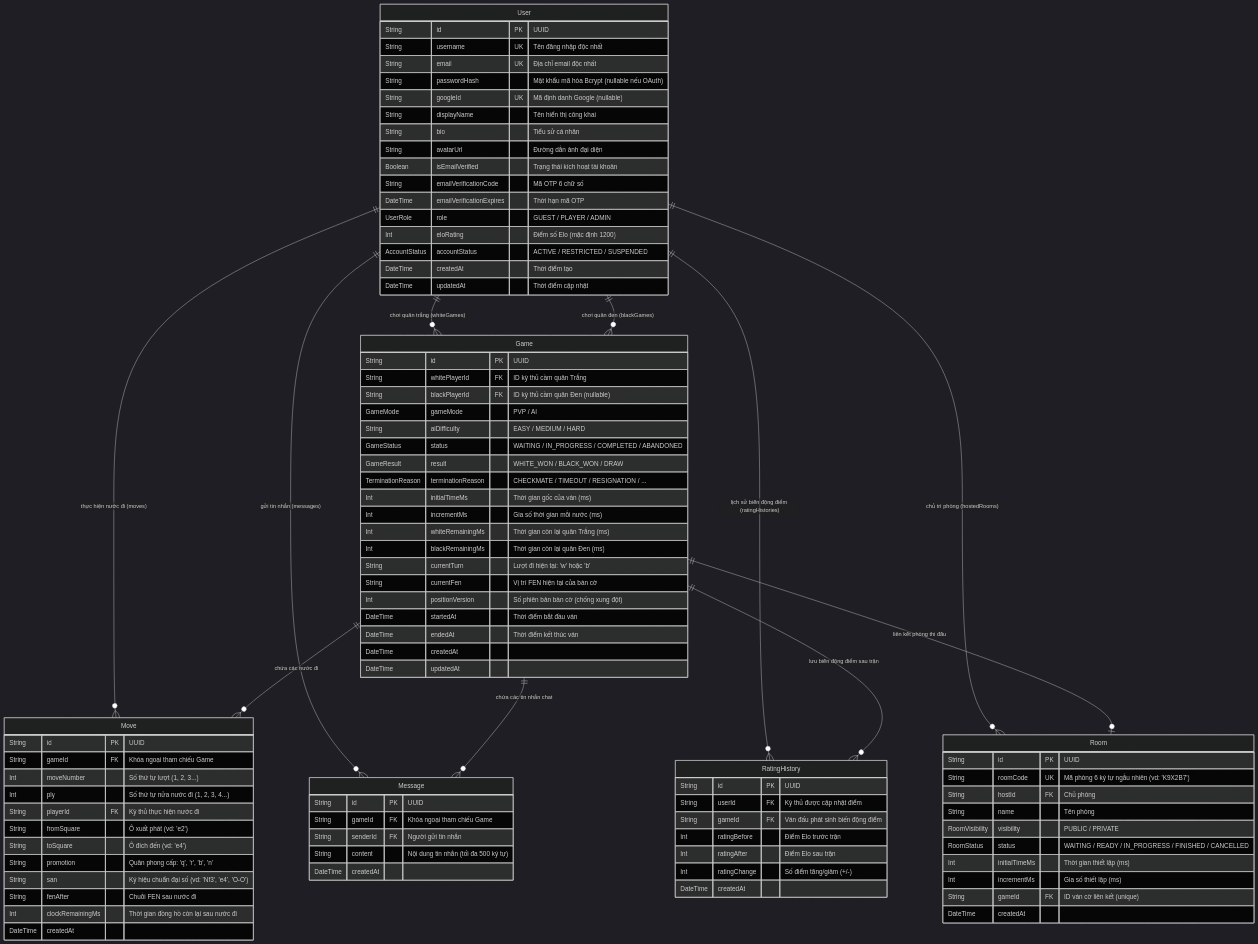
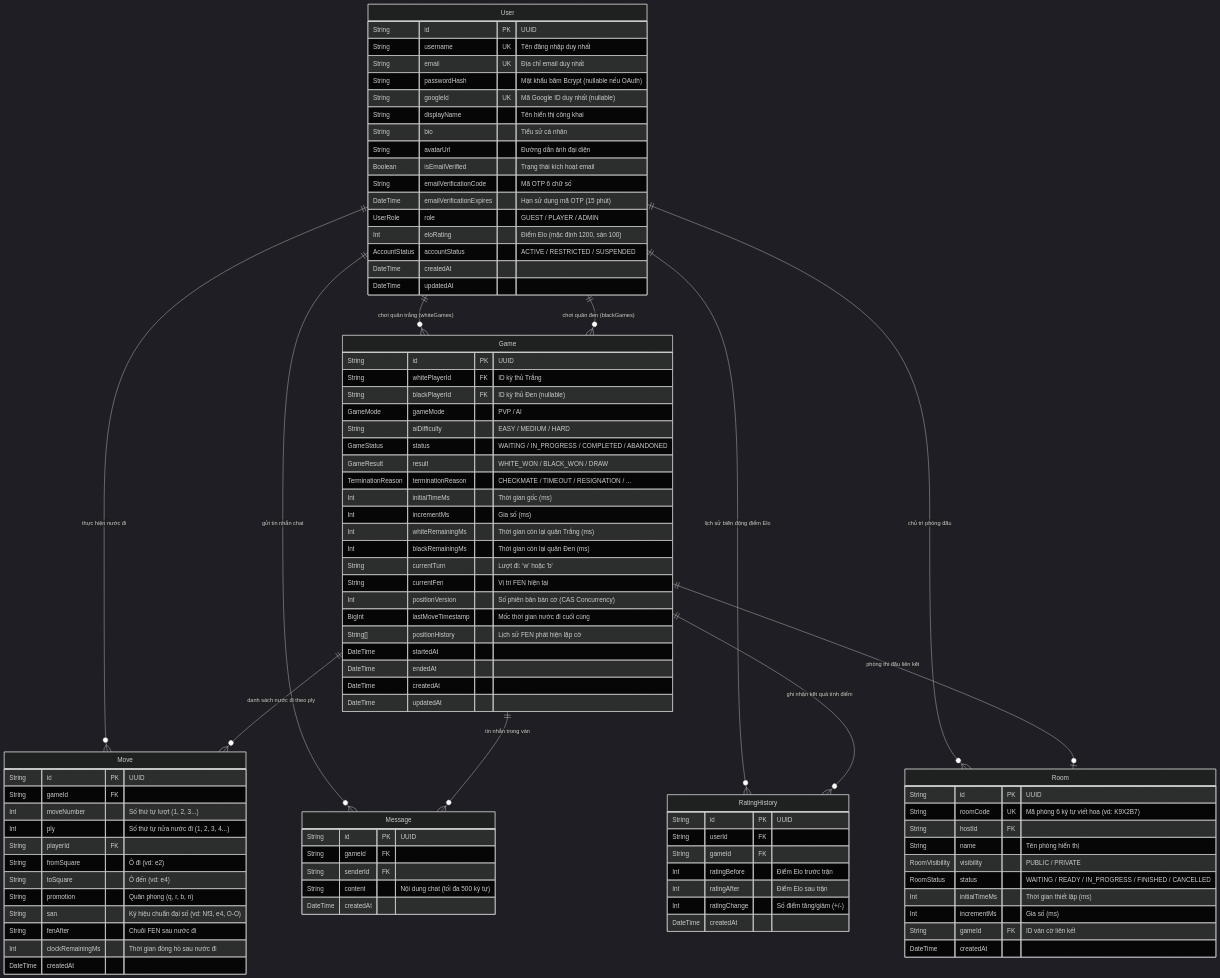
One commit to myne4713-debug/ChessProject changed the sixth of 6 diagrams in BAO_CAO_VA_PHAN_TICH_DU_AN.md. Above: the diagram before and after it, drawn with Mermaid (dark theme). The commit also changed other lines of this file, not shown here.

Commit message:
up to date báo cáo va phân tích

````diff
--- a/BAO_CAO_VA_PHAN_TICH_DU_AN.md
+++ b/BAO_CAO_VA_PHAN_TICH_DU_AN.md
@@ -857,84 +768,86 @@
 erDiagram
     User ||--o{ Game : "chơi quân trắng (whiteGames)"
     User ||--o{ Game : "chơi quân đen (blackGames)"
-    User ||--o{ Move : "thực hiện nước đi (moves)"
-    User ||--o{ Message : "gửi tin nhắn (messages)"
-    User ||--o{ RatingHistory : "lịch sử biến động điểm (ratingHistories)"
-    User ||--o{ Room : "chủ trì phòng (hostedRooms)"
-    
-    Game ||--o{ Move : "chứa các nước đi"
-    Game ||--o{ Message : "chứa các tin nhắn chat"
-    Game ||--o{ RatingHistory : "lưu biến động điểm sau trận"
-    Game ||--o| Room : "liên kết phòng thi đấu"
+    User ||--o{ Move : "thực hiện nước đi"
+    User ||--o{ Message : "gửi tin nhắn chat"
+    User ||--o{ RatingHistory : "lịch sử biến động điểm Elo"
+    User ||--o{ Room : "chủ trì phòng đấu"
+
+    Game ||--o{ Move : "danh sách nước đi theo ply"
+    Game ||--o{ Message : "tin nhắn trong ván"
+    Game ||--o{ RatingHistory : "ghi nhận kết quả tính điểm"
+    Game ||--o| Room : "phòng thi đấu liên kết"
 
     User {
         String id PK "UUID"
-        String username UK "Tên đăng nhập độc nhất"
-        String email UK "Địa chỉ email độc nhất"
-        String passwordHash "Mật khẩu mã hóa Bcrypt (nullable nếu OAuth)"
-        String googleId UK "Mã định danh Google (nullable)"
+        String username UK "Tên đăng nhập duy nhất"
+        String email UK "Địa chỉ email duy nhất"
+        String passwordHash "Mật khẩu băm Bcrypt (nullable nếu OAuth)"
+        String googleId UK "Mã Google ID duy nhất (nullable)"
         String displayName "Tên hiển thị công khai"
         String bio "Tiểu sử cá nhân"
         String avatarUrl "Đường dẫn ảnh đại diện"
-        Boolean isEmailVerified "Trạng thái kích hoạt tài khoản"
+        Boolean isEmailVerified "Trạng thái kích hoạt email"
         String emailVerificationCode "Mã OTP 6 chữ số"
-        DateTime emailVerificationExpires "Thời hạn mã OTP"
+        DateTime emailVerificationExpires "Hạn sử dụng mã OTP (15 phút)"
         UserRole role "GUEST / PLAYER / ADMIN"
-        Int eloRating "Điểm số Elo (mặc định 1200)"
+        Int eloRating "Điểm Elo (mặc định 1200, sàn 100)"
         AccountStatus accountStatus "ACTIVE / RESTRICTED / SUSPENDED"
-        DateTime createdAt "Thời điểm tạo"
-        DateTime updatedAt "Thời điểm cập nhật"
+        DateTime createdAt
+        DateTime updatedAt
     }
 
     Game {
         String id PK "UUID"
-        String whitePlayerId FK "ID kỳ thủ cầm quân Trắng"
-        String blackPlayerId FK "ID kỳ thủ cầm quân Đen (nullable)"
+        String whitePlayerId FK "ID kỳ thủ Trắng"
+        String blackPlayerId FK "ID kỳ thủ Đen (nullable)"
         GameMode gameMode "PVP / AI"
         String aiDifficulty "EASY / MEDIUM / HARD"
         GameStatus status "WAITING / IN_PROGRESS / COMPLETED / ABANDONED"
         GameResult result "WHITE_WON / BLACK_WON / DRAW"
         TerminationReason terminationReason "CHECKMATE / TIMEOUT / RESIGNATION / ..."
-        Int initialTimeMs "Thời gian gốc của ván (ms)"
-        Int incrementMs "Gia số thời gian mỗi nước (ms)"
+        Int initialTimeMs "Thời gian gốc (ms)"
+        Int incrementMs "Gia số (ms)"
         Int whiteRemainingMs "Thời gian còn lại quân Trắng (ms)"
         Int blackRemainingMs "Thời gian còn lại quân Đen (ms)"
-        String currentTurn "Lượt đi hiện tại: 'w' hoặc 'b'"
-        String currentFen "Vị trí FEN hiện tại của bàn cờ"
-        Int positionVersion "Số phiên bản bàn cờ (chống xung đột)"
-        DateTime startedAt "Thời điểm bắt đầu ván"
-        DateTime endedAt "Thời điểm kết thúc ván"
+        String currentTurn "Lượt đi: 'w' hoặc 'b'"
+        String currentFen "Vị trí FEN hiện tại"
+        Int positionVersion "Số phiên bản bàn cờ (CAS Concurrency)"
+        BigInt lastMoveTimestamp "Mốc thời gian nước đi cuối cùng"
+        String[] positionHistory "Lịch sử FEN phát hiện lặp cờ"
+        DateTime startedAt
+        DateTime endedAt
         DateTime createdAt
         DateTime updatedAt
     }
 
     Move {
         String id PK "UUID"
-        String gameId FK "Khóa ngoại tham chiếu Game"
+        String gameId FK
         Int moveNumber "Số thứ tự lượt (1, 2, 3...)"
         Int ply "Số thứ tự nửa nước đi (1, 2, 3, 4...)"
-        String playerId FK "Kỳ thủ thực hiện nước đi"
-        String fromSquare "Ô xuất phát (vd: 'e2')"
-        String toSquare "Ô đích đến (vd: 'e4')"
-        String promotion "Quân phong cấp: 'q', 'r', 'b', 'n'"
-        String san "Ký hiệu chuẩn đại số (vd: 'Nf3', 'e4', 'O-O')"
+        String playerId FK
+        String fromSquare "Ô đi (vd: e2)"
+        String toSquare "Ô đến (vd: e4)"
+        String promotion "Quân phong (q, r, b, n)"
+        String san "Ký hiệu chuẩn đại số (vd: Nf3, e4, O-O)"
         String fenAfter "Chuỗi FEN sau nước đi"
-        Int clockRemainingMs "Thời gian đồng hồ còn lại sau nước đi"
+        Int clockRemainingMs "Thời gian đồng hồ sau nước đi"
         DateTime createdAt
     }
 
     Message {
         String id PK "UUID"
-        String gameId FK "Khóa ngoại tham chiếu Game"
-        String senderId FK "Người gửi tin nhắn"
-        String content "Nội dung tin nhắn (tối đa 500 ký tự)"
+        String gameId FK
+        String senderId FK
+        String content "Nội dung chat (tối đa 500 ký tự)"
         DateTime createdAt
     }
 
     RatingHistory {
         String id PK "UUID"
-        String userId FK "Kỳ thủ được cập nhật điểm"
-        String gameId FK "Ván đấu phát sinh biến động điểm"
+        String userId FK
+        String gameId FK
         Int ratingBefore "Điểm Elo trước trận"
         Int ratingAfter "Điểm Elo sau trận"
         Int ratingChange "Số điểm tăng/giảm (+/-)"
@@ -943,14 +856,14 @@
 
     Room {
         String id PK "UUID"
-        String roomCode UK "Mã phòng 6 ký tự ngẫu nhiên (vd: 'K9X2B7')"
-        String hostId FK "Chủ phòng"
-        String name "Tên phòng"
+        String roomCode UK "Mã phòng 6 ký tự viết hoa (vd: K9X2B7)"
+        String hostId FK
+        String name "Tên phòng hiển thị"
         RoomVisibility visibility "PUBLIC / PRIVATE"
         RoomStatus status "WAITING / READY / IN_PROGRESS / FINISHED / CANCELLED"
         Int initialTimeMs "Thời gian thiết lập (ms)"
-        Int incrementMs "Gia số thiết lập (ms)"
-        String gameId FK "ID ván cờ liên kết (unique)"
+        Int incrementMs "Gia số (ms)"
+        String gameId FK "ID ván cờ liên kết"
         DateTime createdAt
     }
 ```
````
